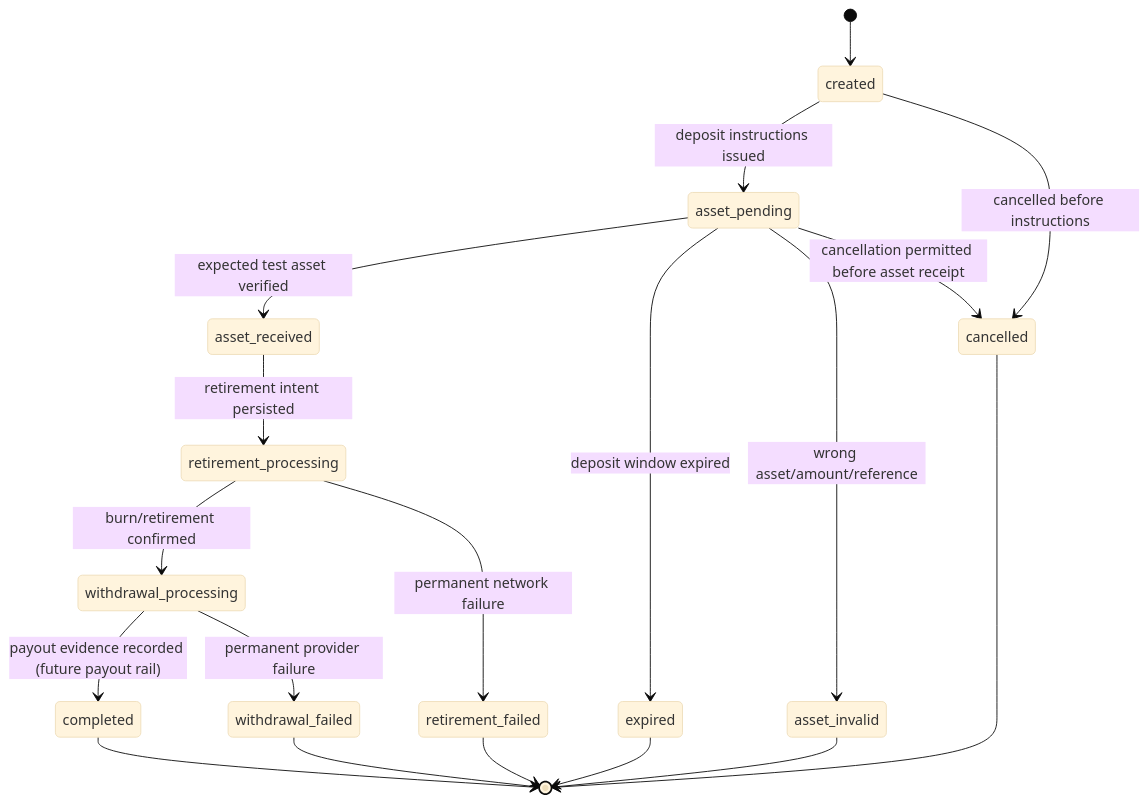
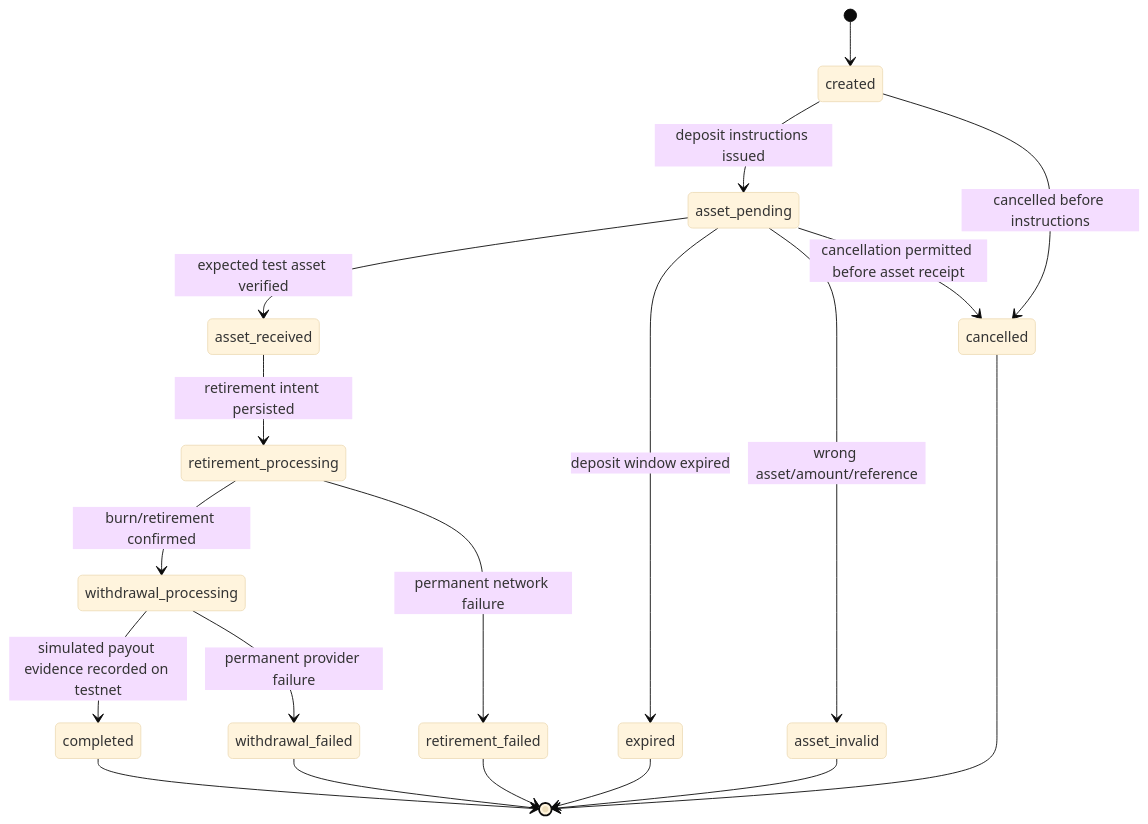
Before and after one commit to kailopay/kailo-be: the second of 2 diagrams in documentations/backend/ORDER-STATE-MACHINES.md, drawn with Mermaid (base theme). The commit also changed other lines of this file and 45 other files, not shown here.

````diff
--- a/documentations/backend/ORDER-STATE-MACHINES.md
+++ b/documentations/backend/ORDER-STATE-MACHINES.md
@@ -66,21 +66,21 @@
 ```mermaid
 stateDiagram-v2
     [*] --> created
     created --> asset_pending: deposit instructions issued
     asset_pending --> asset_received: expected test asset verified
     asset_pending --> expired: deposit window expired
     asset_pending --> asset_invalid: wrong asset/amount/reference
     asset_received --> retirement_processing: retirement intent persisted
     retirement_processing --> withdrawal_processing: burn/retirement confirmed
     retirement_processing --> retirement_failed: permanent network failure
-    withdrawal_processing --> completed: payout evidence recorded (future payout rail)
+    withdrawal_processing --> completed: simulated payout evidence recorded on testnet
     withdrawal_processing --> withdrawal_failed: permanent provider failure
     created --> cancelled: cancelled before instructions
     asset_pending --> cancelled: cancellation permitted before asset receipt
     completed --> [*]
     expired --> [*]
     asset_invalid --> [*]
     retirement_failed --> [*]
     withdrawal_failed --> [*]
     cancelled --> [*]
 ```
````
